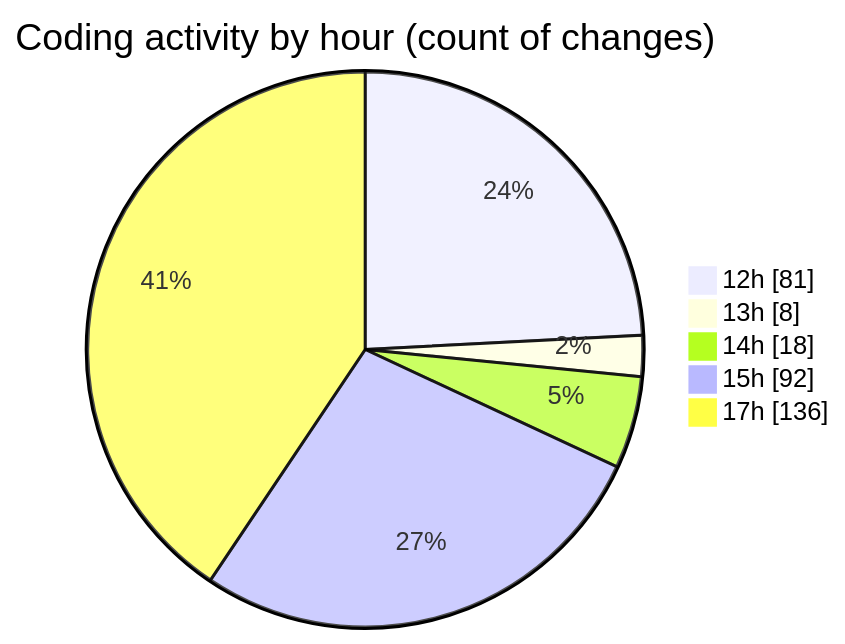
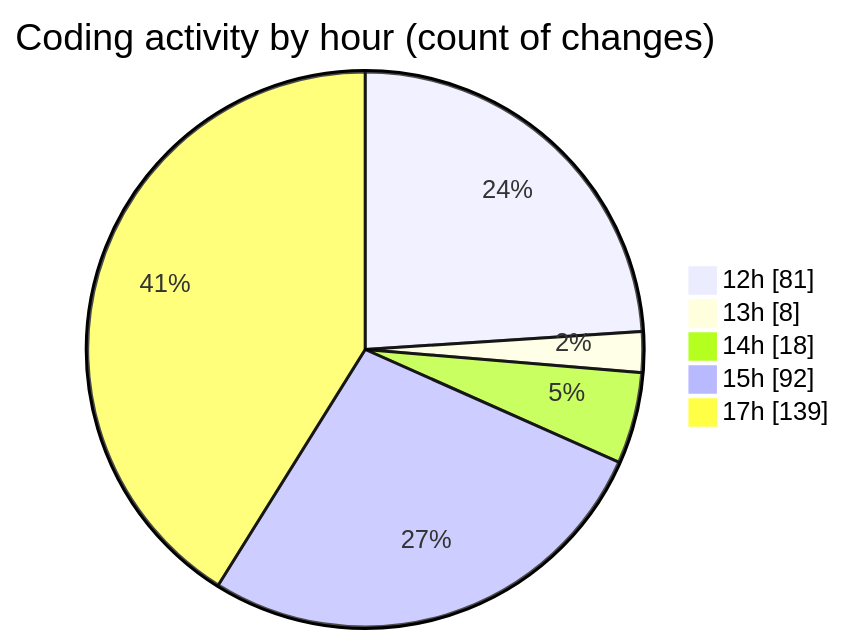
One commit to Ritupan-Deka/code-tracking changed the second of 2 diagrams in 2025-12-28/rust/README.md. Above: the diagram before and after it, drawn with Mermaid. The commit also changed other lines of this file and 1 other file, not shown here.

````diff
--- a/2025-12-28/rust/README.md
+++ b/2025-12-28/rust/README.md
@@ -30,9 +30,9 @@
 ```mermaid
 pie showData
 title Coding activity by hour (count of changes)
 "12h" : 81
 "13h" : 8
 "14h" : 18
 "15h" : 92
-"17h" : 136
+"17h" : 139
 ```
````
